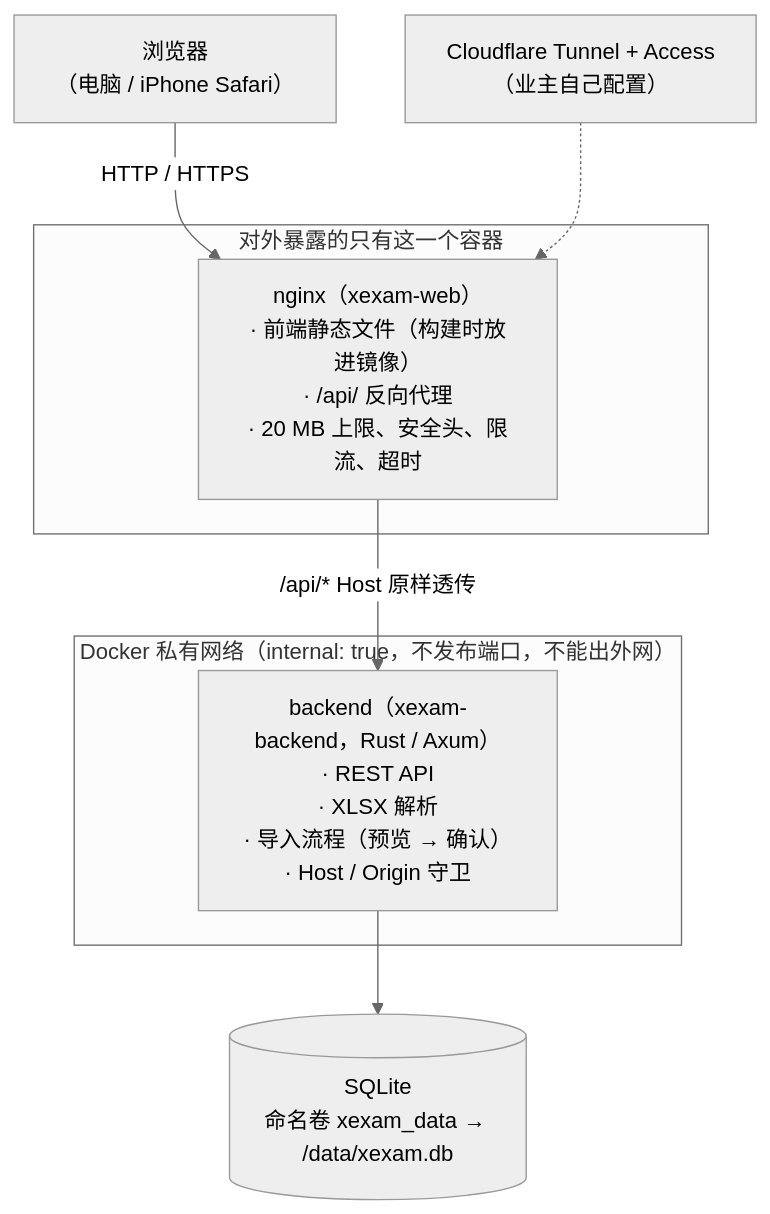
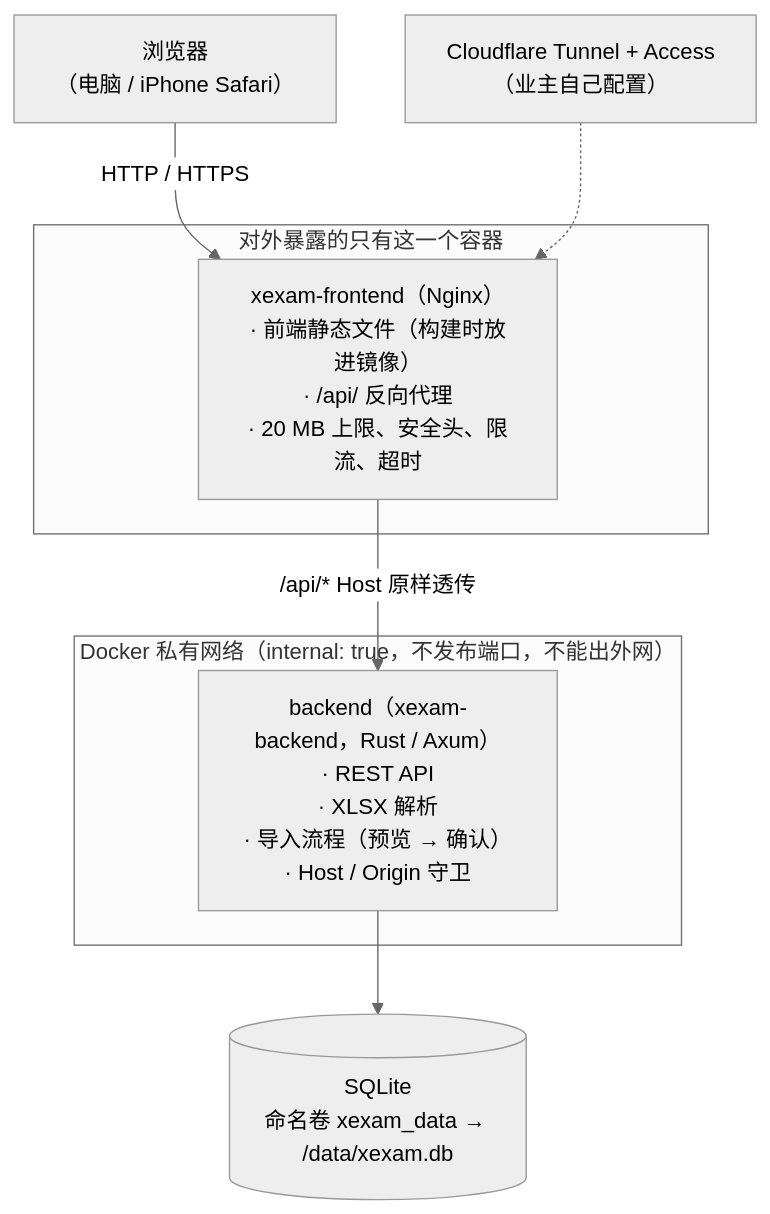
The first of 4 diagrams in docs/architecture.md (Yumin-Space/xexam), drawn with Mermaid (neutral theme) before and after one commit. The commit also changed other lines of this file and 906 other files, not shown here.

````diff
--- a/docs/architecture.md
+++ b/docs/architecture.md
@@ -8,13 +8,13 @@
 ```mermaid
 flowchart TB
     U["浏览器<br/>（电脑 / iPhone Safari）"] -->|"HTTP / HTTPS"| N
     subgraph 公开["对外暴露的只有这一个容器"]
-        N["nginx（xexam-web）<br/>· 前端静态文件（构建时放进镜像）<br/>· /api/ 反向代理<br/>· 20 MB 上限、安全头、限流、超时"]
+        N["xexam-frontend（Nginx）<br/>· 前端静态文件（构建时放进镜像）<br/>· /api/ 反向代理<br/>· 20 MB 上限、安全头、限流、超时"]
     end
     subgraph 内网["Docker 私有网络（internal: true，不发布端口，不能出外网）"]
         B["backend（xexam-backend，Rust / Axum）<br/>· REST API<br/>· XLSX 解析<br/>· 导入流程（预览 → 确认）<br/>· Host / Origin 守卫"]
     end
     N -->|"/api/*  Host 原样透传"| B
     B --> D[("SQLite<br/>命名卷 xexam_data → /data/xexam.db")]
     CF["Cloudflare Tunnel + Access<br/>（业主自己配置）"] -.-> N
 ```
````
